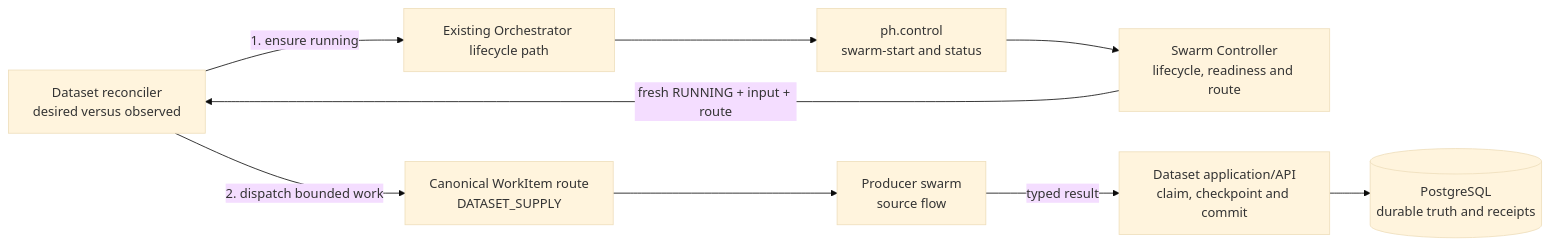
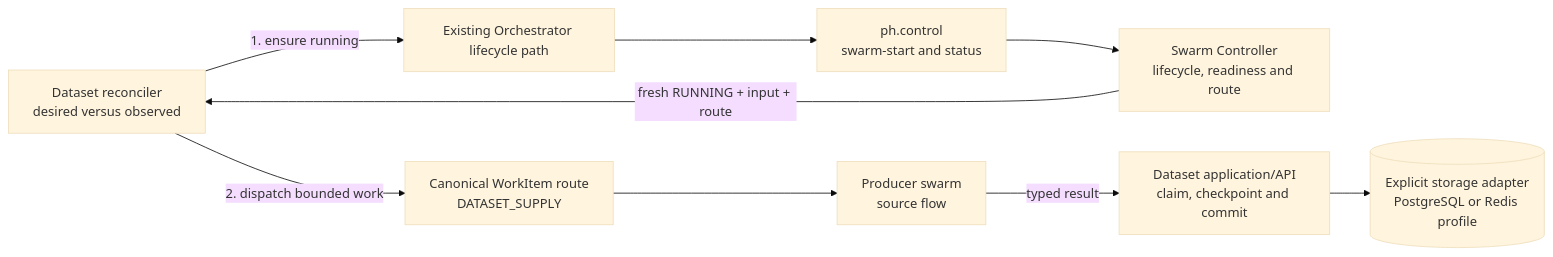
One commit to sepa79/PocketHive changed the diagram in docs/inProgress/managed-datasets-operator-ui-design-spec.md. Above: the diagram before and after it, drawn with Mermaid (base theme). The commit also changed other lines of this file and 25 other files, not shown here.

````diff
--- a/docs/inProgress/managed-datasets-operator-ui-design-spec.md
+++ b/docs/inProgress/managed-datasets-operator-ui-design-spec.md
@@ -173,16 +185,16 @@
 ```mermaid
 flowchart LR
   DR[Dataset reconciler<br/>desired versus observed]
   LP[Existing Orchestrator lifecycle path]
   CP[ph.control<br/>swarm-start and status]
   SC[Swarm Controller<br/>lifecycle, readiness and route]
   WP[Canonical WorkItem route<br/>DATASET_SUPPLY]
   PS[Producer swarm<br/>source flow]
   API[Dataset application/API<br/>claim, checkpoint and commit]
-  PG[(PostgreSQL<br/>durable truth and receipts)]
+  STORE[(Explicit storage adapter<br/>PostgreSQL or Redis profile)]
 
   DR -->|1. ensure running| LP --> CP --> SC
   SC -->|fresh RUNNING + input + route| DR
   DR -->|2. dispatch bounded work| WP --> PS
-  PS -->|typed result| API --> PG
+  PS -->|typed result| API --> STORE
 ```
````
